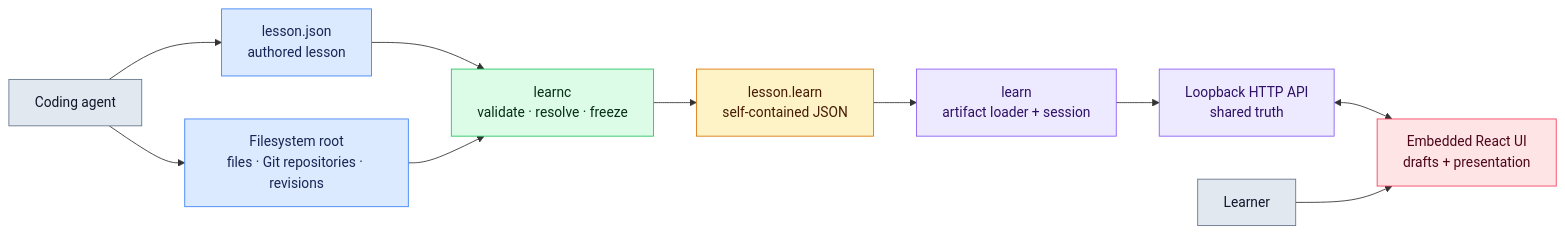
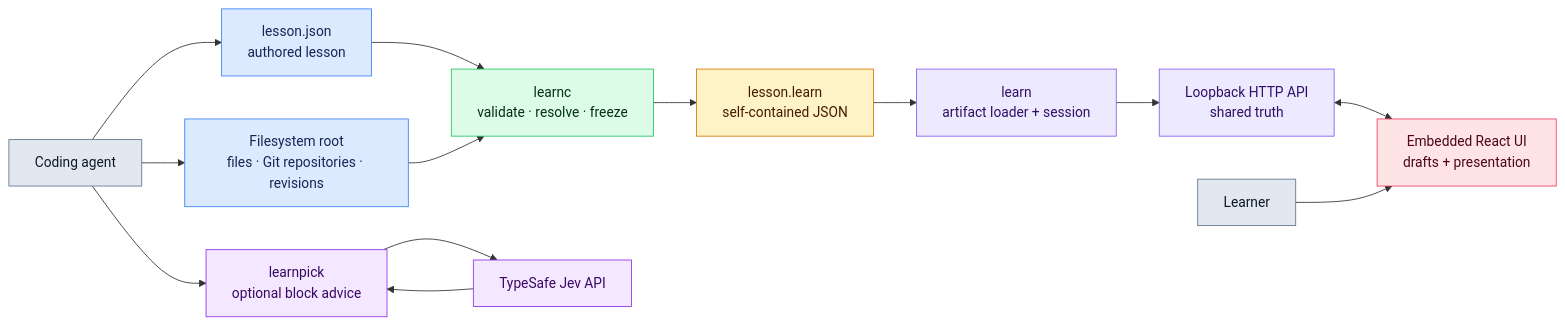
The first of 5 diagrams in docs/DEVELOPMENT.md (negative-nilgiri/teacher), drawn with Mermaid before and after one commit. The commit also changed other lines of this file and 188 other files, not shown here.

````diff
--- a/docs/DEVELOPMENT.md
+++ b/docs/DEVELOPMENT.md
@@ -49,36 +52,41 @@
 ```mermaid
 flowchart LR
     Agent["Coding agent"]
     Learner["Learner"]
     Source["lesson.json<br/>authored lesson"]
     Repo["Filesystem root<br/>files · Git repositories · revisions"]
     Compiler["learnc<br/>validate · resolve · freeze"]
     Artifact["lesson.learn<br/>self-contained JSON"]
     Runtime["learn<br/>artifact loader + session"]
     Api["Loopback HTTP API<br/>shared truth"]
     Browser["Embedded React UI<br/>drafts + presentation"]
+    Picker["learnpick<br/>optional block advice"]
+    Jev["TypeSafe Jev API"]
 
     Agent --> Source
     Agent --> Repo
+    Agent --> Picker --> Jev --> Picker
     Source --> Compiler
     Repo --> Compiler
     Compiler --> Artifact
     Artifact --> Runtime
     Runtime --> Api
     Api <--> Browser
     Learner --> Browser
 
     classDef actor fill:#e2e8f0,stroke:#64748b,color:#0f172a
     classDef input fill:#dbeafe,stroke:#3b82f6,color:#172554
     classDef compiler fill:#dcfce7,stroke:#22c55e,color:#052e16
     classDef artifact fill:#fef3c7,stroke:#d97706,color:#451a03
     classDef runtime fill:#ede9fe,stroke:#8b5cf6,color:#2e1065
     classDef browser fill:#ffe4e6,stroke:#f43f5e,color:#4c0519
+    classDef optional fill:#f3e8ff,stroke:#9333ea,color:#3b0764
 
     class Agent,Learner actor
     class Source,Repo input
     class Compiler compiler
     class Artifact artifact
     class Runtime,Api runtime
     class Browser browser
+    class Picker,Jev optional
 ```
````
